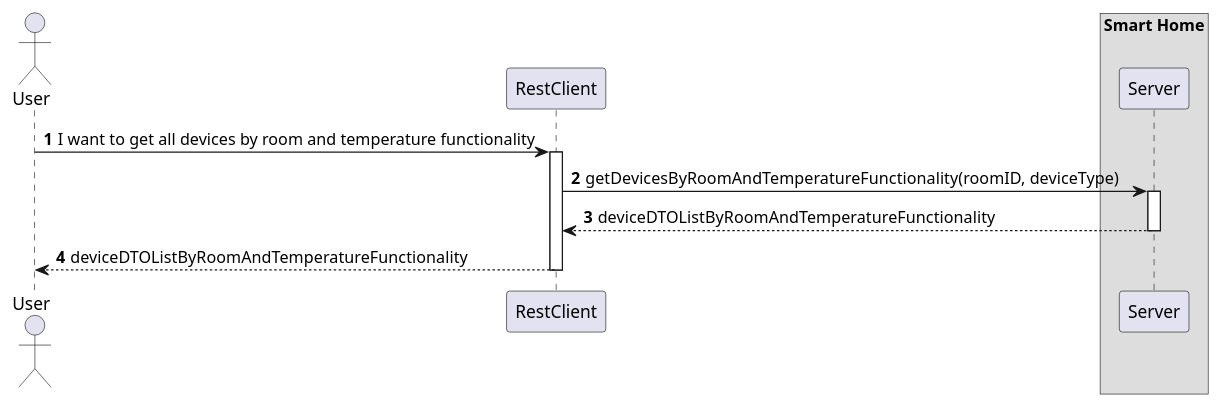
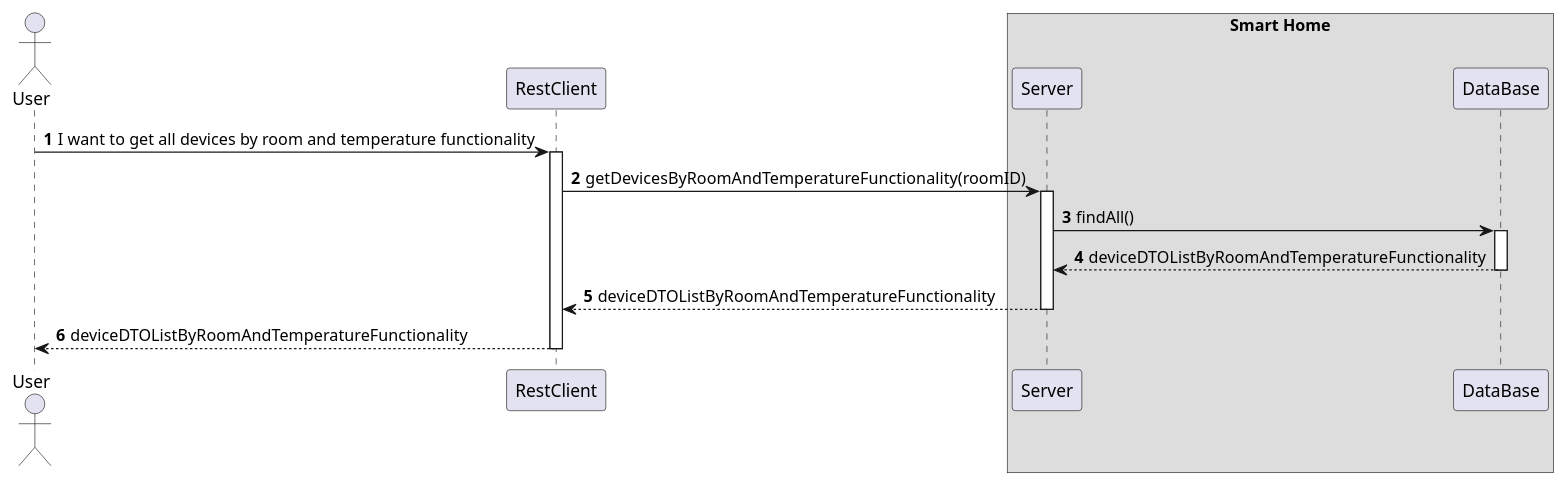
One commit to olivDiogo/SmartHome changed the diagram in docs/ooa/C4_4plus1_models_v2/Level2/ProcessView/ProcessViewLevel2_UC12.puml. Above: the diagram before and after it, drawn with PlantUML. The commit also changed 1 other file, not shown here.

Commit message:
fix: fixed ProcessViewLevel2 diagrams #468

```diff
--- a/docs/ooa/C4_4plus1_models_v2/Level2/ProcessView/ProcessViewLevel2_UC12.puml
+++ b/docs/ooa/C4_4plus1_models_v2/Level2/ProcessView/ProcessViewLevel2_UC12.puml
@@ -1,30 +1,37 @@
 @startuml
 'https://plantuml.com/sequence-diagram
 
 !pragma layout smetana
 
 autonumber
 
 actor "User" as User
 participant "RestClient" as RC
+
 box "Smart Home"
     participant "Server" as SV
-
+    participant "DataBase" as DB
 end box
 
 
 User -> RC : I want to get all devices by room and temperature functionality
 activate RC
 
-RC -> SV : getDevicesByRoomAndTemperatureFunctionality(roomID, deviceType)
+RC -> SV : getDevicesByRoomAndTemperatureFunctionality(roomID)
 activate SV
+
+SV -> DB : findAll()
+activate DB
+
+DB --> SV : deviceDTOListByRoomAndTemperatureFunctionality
+deactivate DB
 
 
 
 SV --> RC : deviceDTOListByRoomAndTemperatureFunctionality
 deactivate SV
 
 RC --> User : deviceDTOListByRoomAndTemperatureFunctionality
 deactivate RC
 
 @enduml
```
